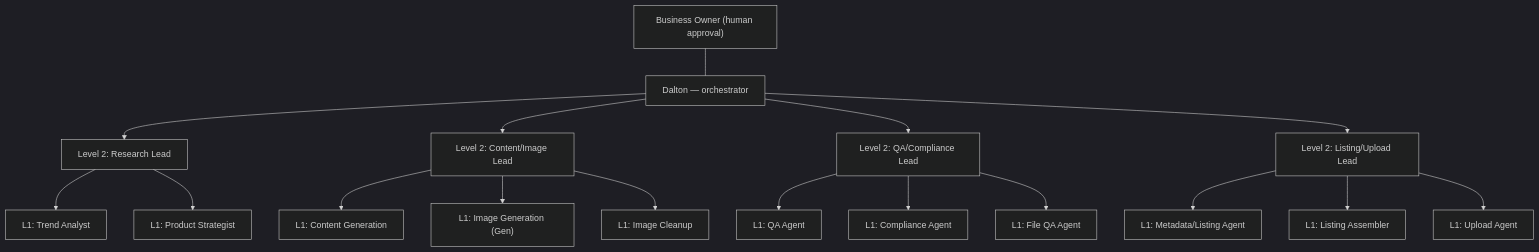
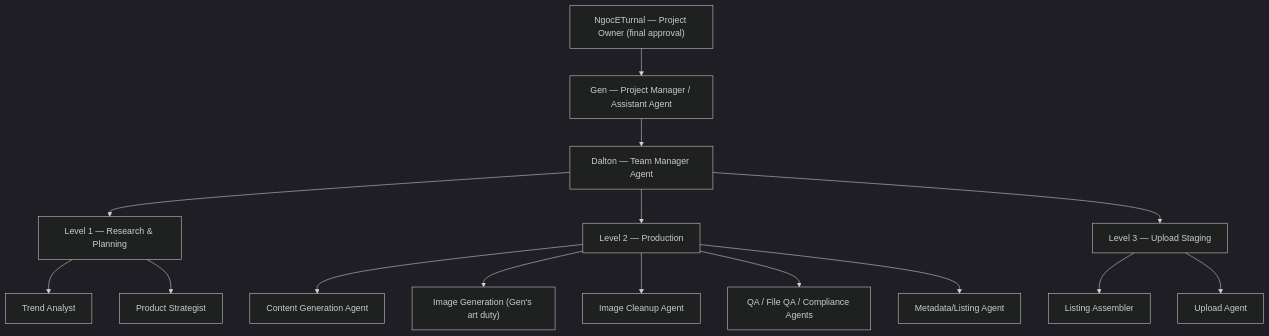
The diagram in kdp-coloring-book-automation/docs/01-team-roles-and-workflow.md (Gitgitgetitgrl/Gitgitgetitgrl), drawn with Mermaid (dark theme) before and after one commit. The commit also changed other lines of this file and 6 other files, not shown here.

````diff
--- a/kdp-coloring-book-automation/docs/01-team-roles-and-workflow.md
+++ b/kdp-coloring-book-automation/docs/01-team-roles-and-workflow.md
@@ -23,19 +36,17 @@
 ```mermaid
 graph TD
-    OWNER["Business Owner (human approval)"] --- DALTON["Dalton — orchestrator"]
-    DALTON --> L2R["Level 2: Research Lead"]
-    DALTON --> L2C["Level 2: Content/Image Lead"]
-    DALTON --> L2Q["Level 2: QA/Compliance Lead"]
-    DALTON --> L2L["Level 2: Listing/Upload Lead"]
-    L2R --> TA["L1: Trend Analyst"]
-    L2R --> PS["L1: Product Strategist"]
-    L2C --> CG["L1: Content Generation"]
-    L2C --> GEN["L1: Image Generation (Gen)"]
-    L2C --> CLEAN["L1: Image Cleanup"]
-    L2Q --> QA["L1: QA Agent"]
-    L2Q --> COMP["L1: Compliance Agent"]
-    L2Q --> FQA["L1: File QA Agent"]
-    L2L --> META["L1: Metadata/Listing Agent"]
-    L2L --> ASM["L1: Listing Assembler"]
-    L2L --> UP["L1: Upload Agent"]
+    OWNER["NgocETurnal — Project Owner (final approval)"] --> GEN["Gen — Project Manager / Assistant Agent"]
+    GEN --> DALTON["Dalton — Team Manager Agent"]
+    DALTON --> L1["Level 1 — Research & Planning"]
+    DALTON --> L2["Level 2 — Production"]
+    DALTON --> L3["Level 3 — Upload Staging"]
+    L1 --> TA["Trend Analyst"]
+    L1 --> PS["Product Strategist"]
+    L2 --> CG["Content Generation Agent"]
+    L2 --> GENART["Image Generation (Gen's art duty)"]
+    L2 --> CLEAN["Image Cleanup Agent"]
+    L2 --> QA["QA / File QA / Compliance Agents"]
+    L2 --> META["Metadata/Listing Agent"]
+    L3 --> ASM["Listing Assembler"]
+    L3 --> UP["Upload Agent"]
 ```
````
